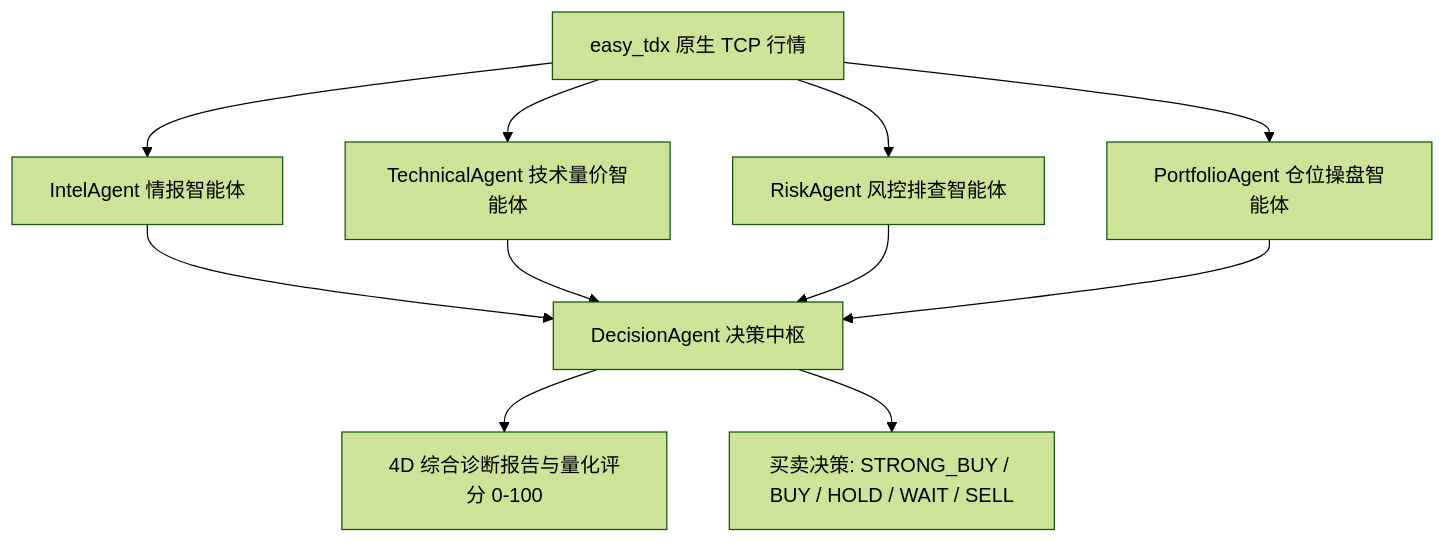
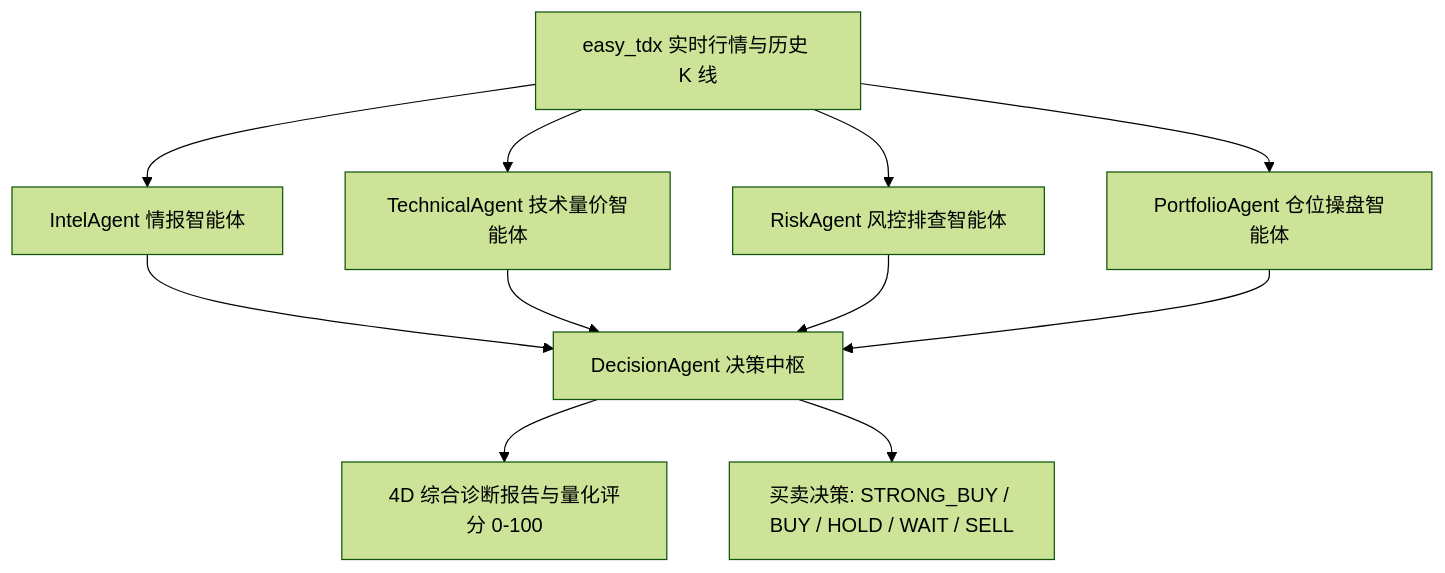
Before and after one commit to swimmingaaron/easy_tdx: the diagram in USER_GUIDE.md, drawn with Mermaid (forest theme). The commit also changed other lines of this file and 1 other file, not shown here.

````diff
--- a/USER_GUIDE.md
+++ b/USER_GUIDE.md
@@ -118,15 +188,15 @@
 ```mermaid
 flowchart TD
-    Data[easy_tdx 原生 TCP 行情] --> Intel[IntelAgent 情报智能体]
+    Data[easy_tdx 实时行情与历史 K 线] --> Intel[IntelAgent 情报智能体]
     Data --> Tech[TechnicalAgent 技术量价智能体]
     Data --> Risk[RiskAgent 风控排查智能体]
     Data --> Port[PortfolioAgent 仓位操盘智能体]
     
     Intel --> Dec[DecisionAgent 决策中枢]
     Tech --> Dec
     Risk --> Dec
     Port --> Dec
     
     Dec --> Report[4D 综合诊断报告与量化评分 0-100]
     Dec --> Action[买卖决策: STRONG_BUY / BUY / HOLD / WAIT / SELL]
 ```
````
